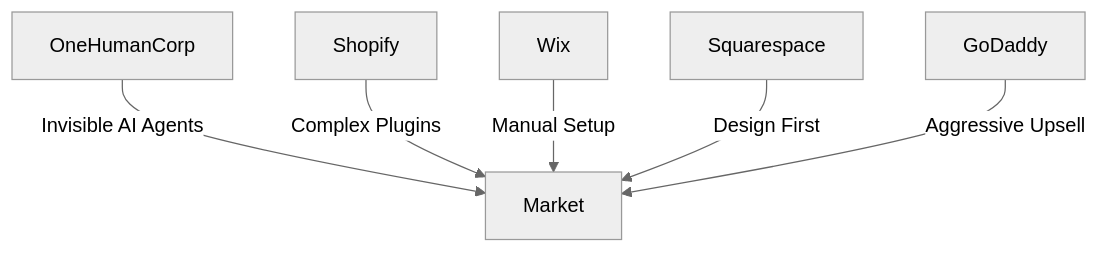
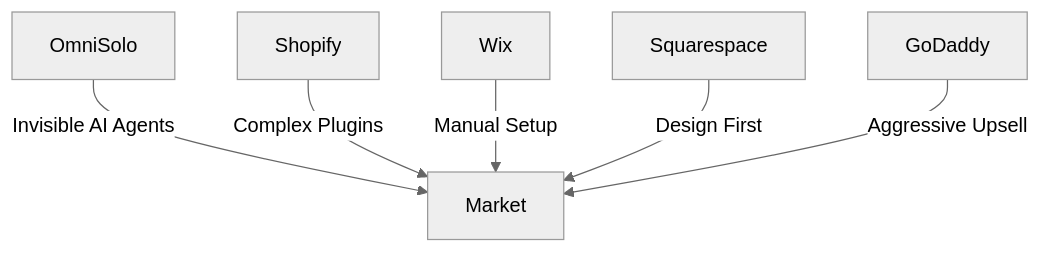
The diagram in docs/business/market_research/ohc_smb_market_report.md (omnisolo-llc/onehumancorp), drawn with Mermaid (neutral theme) before and after one commit. The commit also changed other lines of this file and 1263 other files, not shown here.

Commit message:
Complete persisted production routes and OmniSolo product branding

````diff
--- a/docs/business/market_research/ohc_smb_market_report.md
+++ b/docs/business/market_research/ohc_smb_market_report.md
@@ -10,8 +10,8 @@
 ```mermaid
 graph TD
-    OHC[OneHumanCorp] -->|Invisible AI Agents| Market
+    OHC[OmniSolo] -->|Invisible AI Agents| Market
     Shopify -->|Complex Plugins| Market
     Wix -->|Manual Setup| Market
     Squarespace -->|Design First| Market
     GoDaddy -->|Aggressive Upsell| Market
 ```
````
